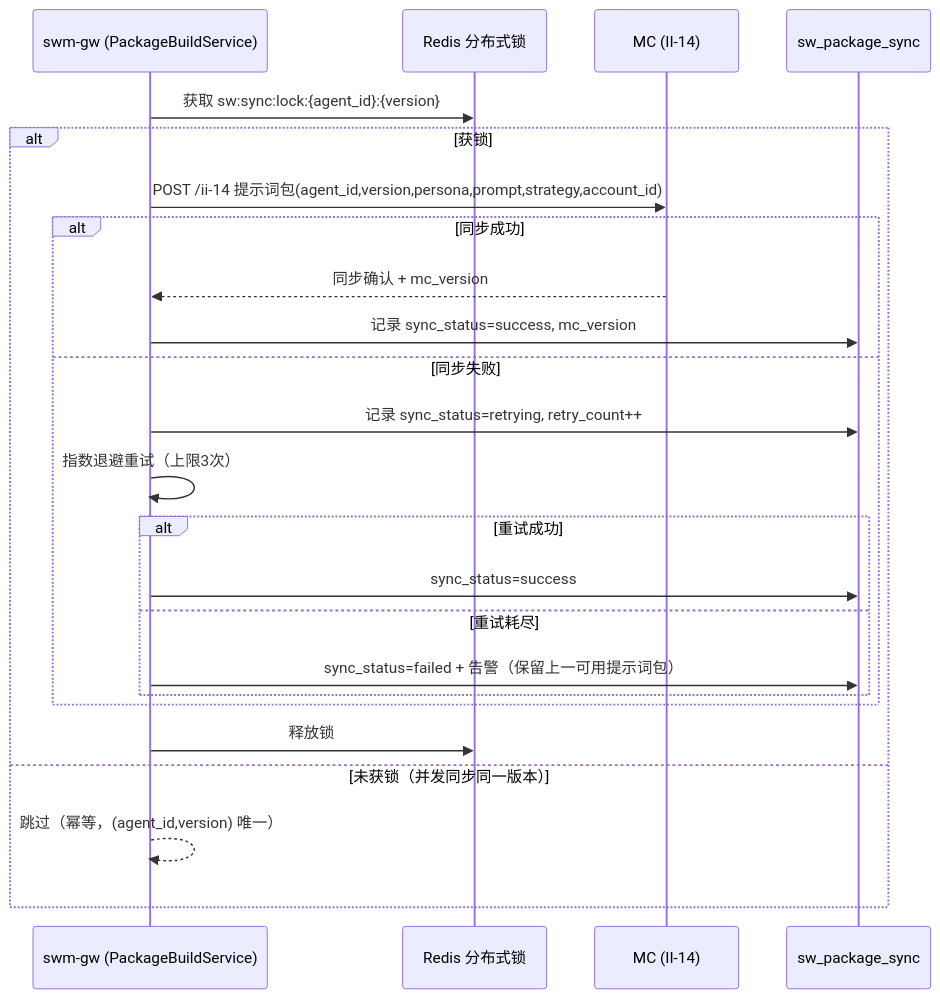
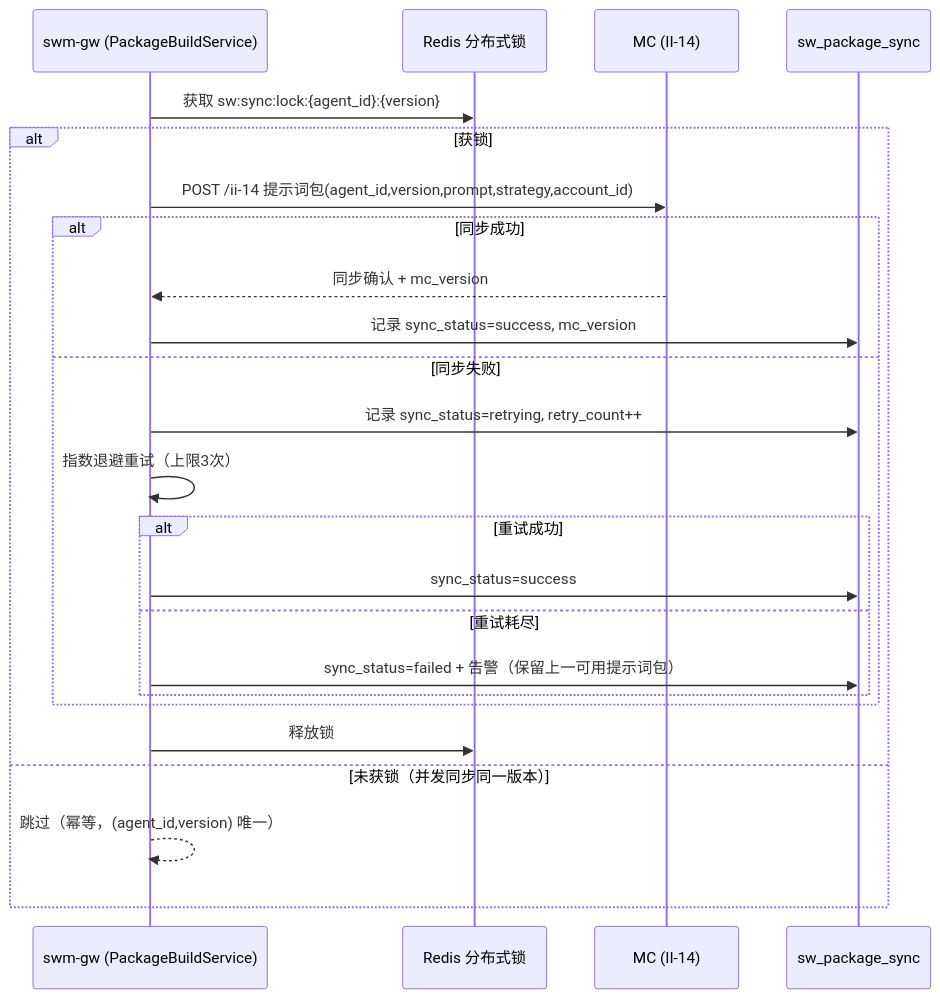
The seventh of 11 diagrams in 公司项目/认知作战/文档/软件详细设计说明-SWM子系统.md (Sj-g/obsidian), drawn with Mermaid before and after one commit. The commit also changed other lines of this file and 10 other files, not shown here.

````diff
--- a/公司项目/认知作战/文档/软件详细设计说明-SWM子系统.md
+++ b/公司项目/认知作战/文档/软件详细设计说明-SWM子系统.md
@@ -476,26 +472,26 @@
 ```mermaid
 sequenceDiagram
     participant GW as swm-gw (PackageBuildService)
     participant Lock as Redis 分布式锁
     participant MC as MC (II-14)
     participant DB as sw_package_sync
     GW->>Lock: 获取 sw:sync:lock:{agent_id}:{version}
     alt 获锁
-        GW->>MC: POST /ii-14 提示词包(agent_id,version,persona,prompt,strategy,account_id)
+        GW->>MC: POST /ii-14 提示词包(agent_id,version,prompt,strategy,account_id)
         alt 同步成功
             MC-->>GW: 同步确认 + mc_version
             GW->>DB: 记录 sync_status=success, mc_version
         else 同步失败
             GW->>DB: 记录 sync_status=retrying, retry_count++
             GW->>GW: 指数退避重试（上限3次）
             alt 重试成功
                 GW->>DB: sync_status=success
             else 重试耗尽
                 GW->>DB: sync_status=failed + 告警（保留上一可用提示词包）
             end
         end
         GW->>Lock: 释放锁
     else 未获锁（并发同步同一版本）
         GW-->>GW: 跳过（幂等，(agent_id,version) 唯一）
     end
 ```
````
